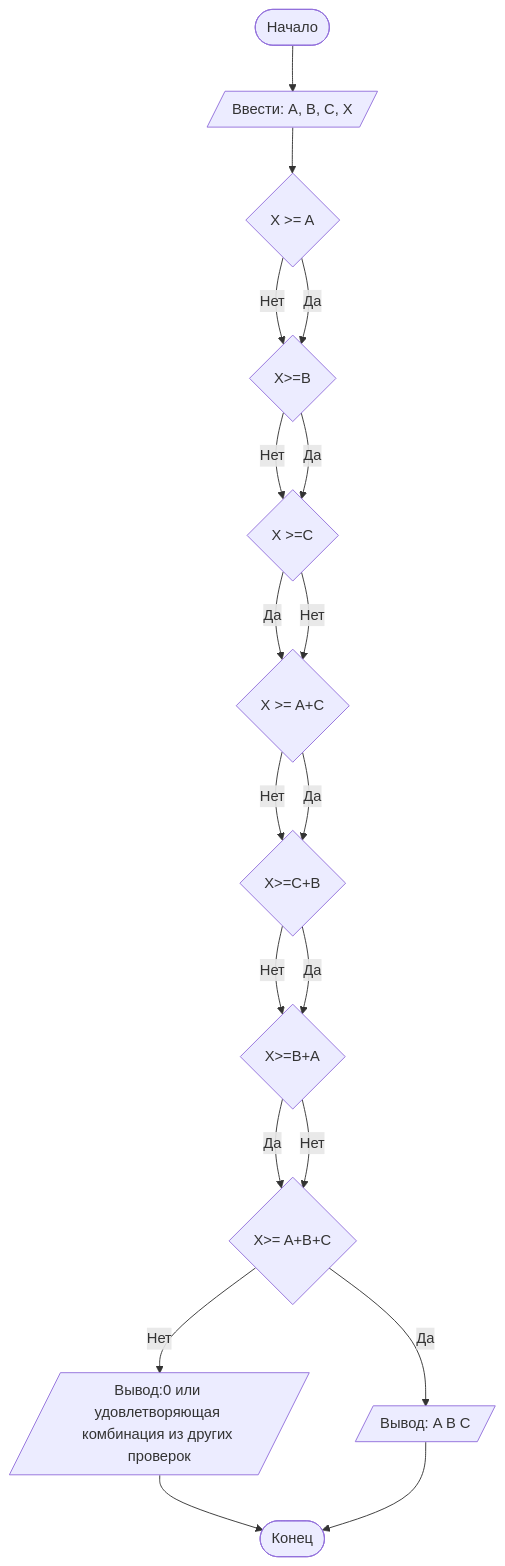
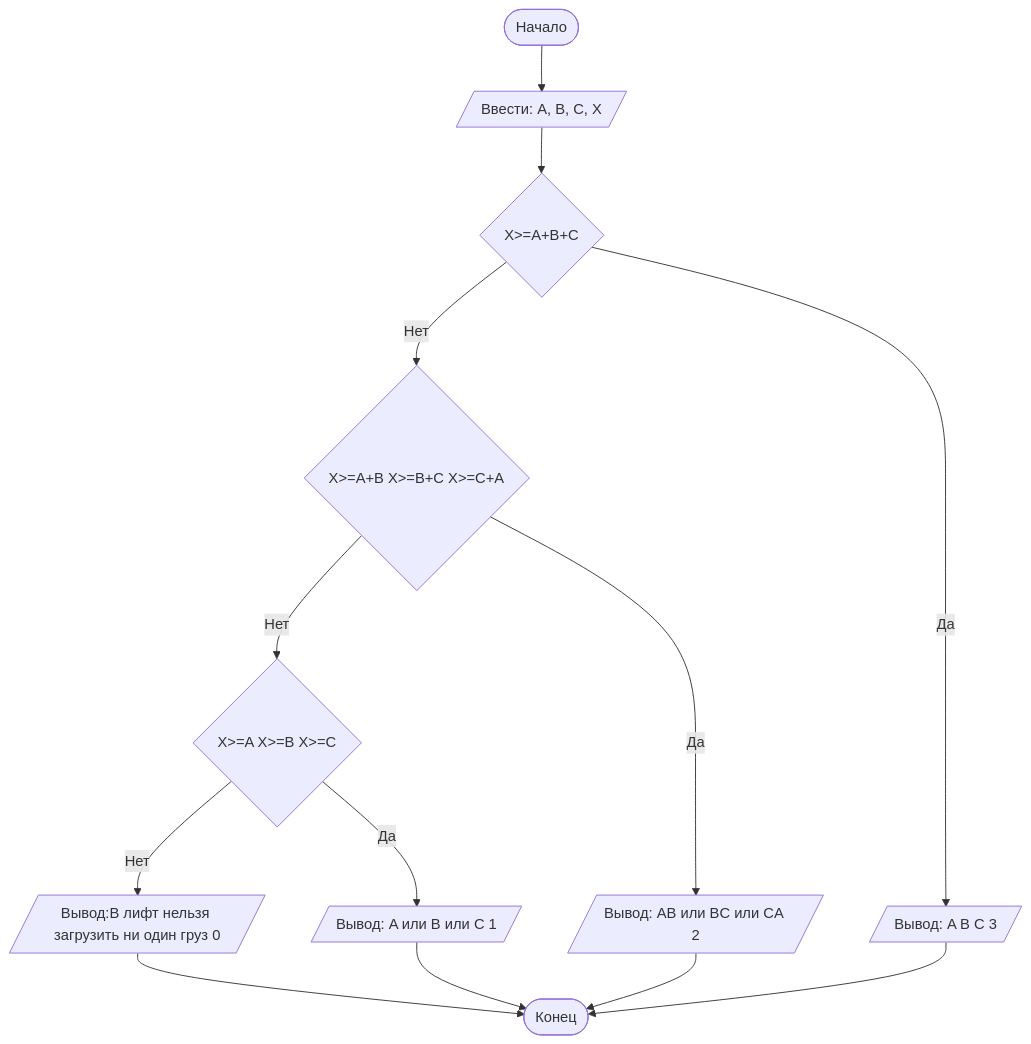
Before and after one commit to nr41354-lang/Lab1: the diagram in README.md, drawn with Mermaid.

````diff
--- a/README.md
+++ b/README.md
@@ -95,22 +95,15 @@
 ```mermaid
 graph TD
     A([Начало]) --> B[/Ввести: A, B, C, X/]
-    B --> C{X >= A}
-    C -- Нет --> D{X >= B}
-    D -- Нет --> E{X >= C}
-    D -- Да --> E{X >=C}
-    C -- Да --> D{X>=B}
-E--Да--> J{X>=A+C}
-    E -- Нет --> J{X >= A+C}
-J--Нет--> K{X >= C+B}
-K--Нет--> L{X >= B+A}
-J--Да--> K{X>=C+B}
-K--Да--> L{X>=B+A}
-L--Да--> O{X>=A+B+C}
-L--Нет--> O{X>= A+B+C}
-O--Да--> Q[/Вывод: A B C/]
-O--Нет--> R[/Вывод:0 или удовлетворяющая комбинация из других проверок /]
-    R --> Z
-    Q --> Z([Конец])
-
+   B-->C{X>=A+B+C}
+C--Нет-->D{X>=A+B X>=B+C X>=C+A}
+D--Нет-->E{X>=A X>=B X>=C}
+E--Нет-->F[/Вывод:В лифт нельзя загрузить ни один груз 0/]
+E--Да-->G[/Вывод: A или B или C 1/]
+D--Да-->H[/Вывод: AB или BC или CA 2/]
+C--Да-->I[/Вывод: A B C 3/]
+F-->S
+G-->S
+H-->S
+I-->S([Конец])
 ```
````
